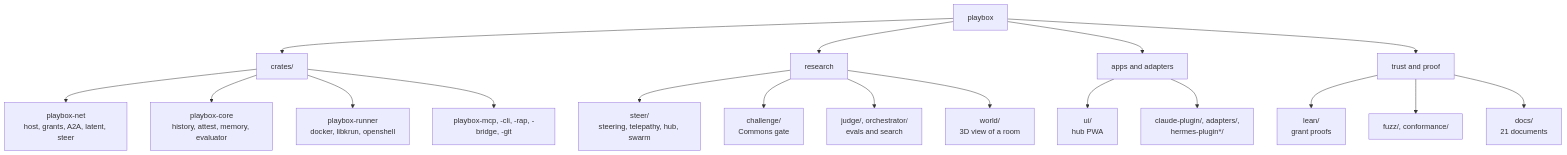
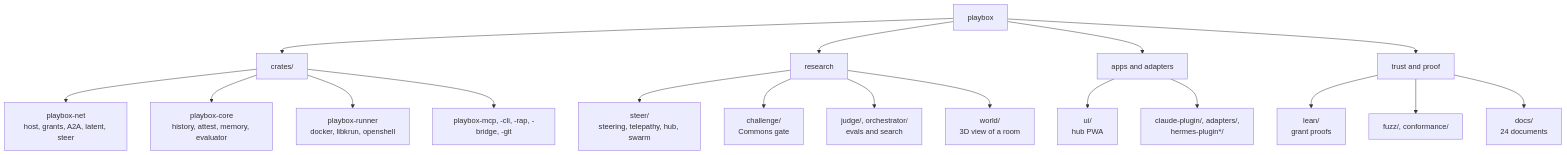
Diagram 13 of 13 in README.md (Epistetechnician/playbox), drawn with Mermaid before and after one commit. The commit also changed other lines of this file and 1 other file, not shown here.

````diff
--- a/README.md
+++ b/README.md
@@ -453,25 +453,25 @@
 ```mermaid
 flowchart TB
     ROOT["playbox"]
     ROOT --> CR["crates/"]
     ROOT --> RS["research"]
     ROOT --> UX["apps and adapters"]
     ROOT --> TR["trust and proof"]
 
     CR --> c1["playbox-net<br/>host, grants, A2A, latent, steer"]
     CR --> c2["playbox-core<br/>history, attest, memory, evaluator"]
     CR --> c3["playbox-runner<br/>docker, libkrun, openshell"]
     CR --> c4["playbox-mcp, -cli, -rap, -bridge, -git"]
 
     RS --> r1["steer/<br/>steering, telepathy, hub, swarm"]
     RS --> r2["challenge/<br/>Commons gate"]
     RS --> r3["judge/, orchestrator/<br/>evals and search"]
     RS --> r4["world/<br/>3D view of a room"]
 
     UX --> u1["ui/<br/>hub PWA"]
     UX --> u2["claude-plugin/, adapters/,<br/>hermes-plugin*/"]
 
     TR --> t1["lean/<br/>grant proofs"]
     TR --> t2["fuzz/, conformance/"]
-    TR --> t3["docs/<br/>21 documents"]
+    TR --> t3["docs/<br/>24 documents"]
 ```
````
